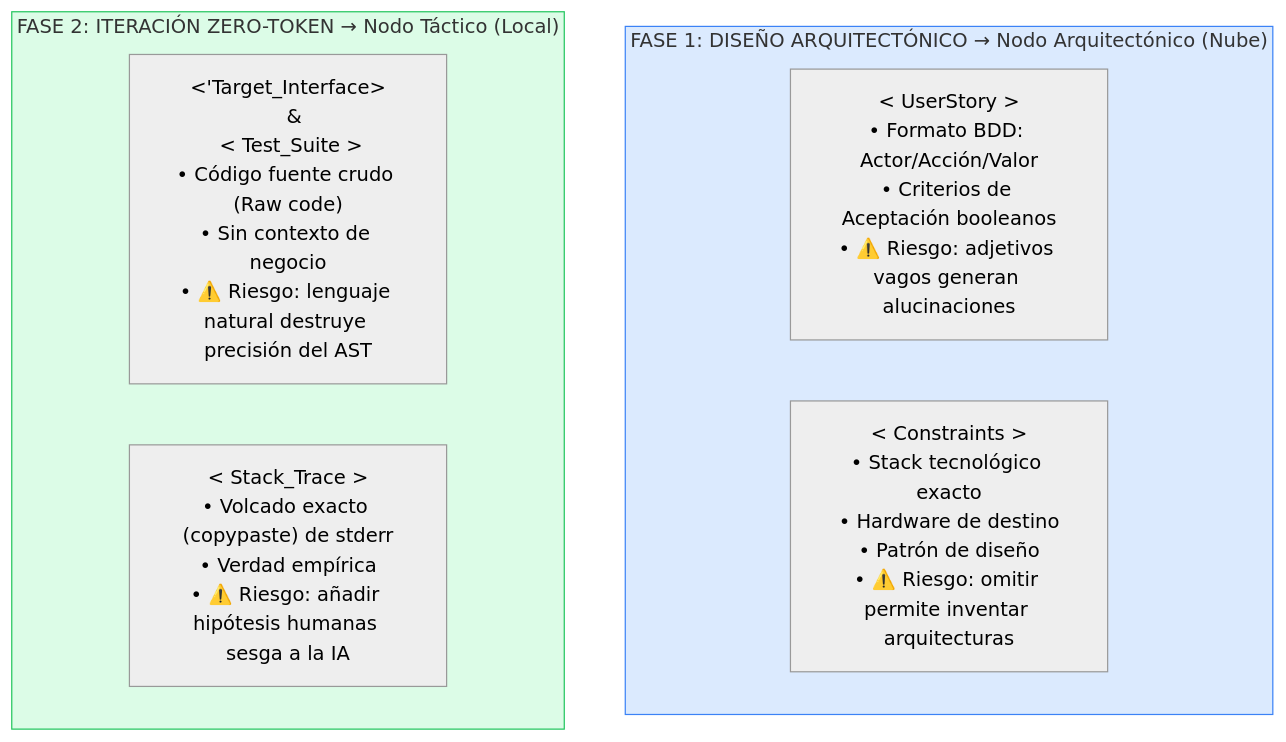
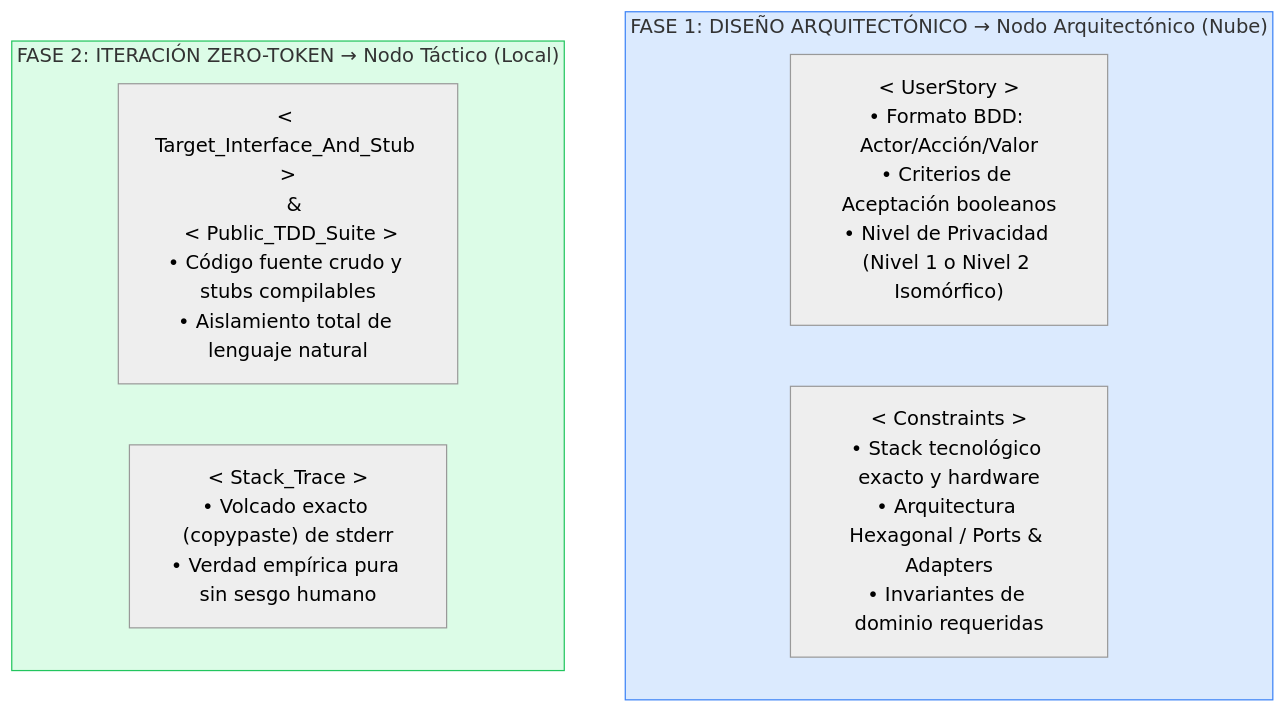
One commit to brunoguzman-dev/H-AXP changed the diagram in docs/07-gobernanza-contexto.md. Above: the diagram before and after it, drawn with Mermaid (neutral theme). The commit also changed other lines of this file and 20 other files, not shown here.

````diff
--- a/docs/07-gobernanza-contexto.md
+++ b/docs/07-gobernanza-contexto.md
@@ -135,15 +111,15 @@
 ```mermaid
 graph TD
     subgraph FASE1["FASE 1: DISEÑO ARQUITECTÓNICO → Nodo Arquitectónico (Nube)"]
-        US["< UserStory >\n• Formato BDD: Actor/Acción/Valor\n• Criterios de Aceptación booleanos\n• ⚠️ Riesgo: adjetivos vagos generan alucinaciones"]
-        CO["< Constraints >\n• Stack tecnológico exacto\n• Hardware de destino\n• Patrón de diseño\n• ⚠️ Riesgo: omitir permite inventar arquitecturas"]
+        US["< UserStory >\n• Formato BDD: Actor/Acción/Valor\n• Criterios de Aceptación booleanos\n• Nivel de Privacidad (Nivel 1 o Nivel 2 Isomórfico)"]
+        CO["< Constraints >\n• Stack tecnológico exacto y hardware\n• Arquitectura Hexagonal / Ports & Adapters\n• Invariantes de dominio requeridas"]
     end
 
     subgraph FASE2["FASE 2: ITERACIÓN ZERO-TOKEN → Nodo Táctico (Local)"]
-        TI["<'Target_Interface>\n  &\n < Test_Suite >\n• Código fuente crudo (Raw code)\n• Sin contexto de negocio\n• ⚠️ Riesgo: lenguaje natural destruye precisión del AST"]
-        ST["< Stack_Trace >\n• Volcado exacto (copypaste) de stderr\n• Verdad empírica\n• ⚠️ Riesgo: añadir hipótesis humanas sesga a la IA"]
+        TI["< Target_Interface_And_Stub >\n  &\n < Public_TDD_Suite >\n• Código fuente crudo y stubs compilables\n• Aislamiento total de lenguaje natural"]
+        ST["< Stack_Trace >\n• Volcado exacto (copypaste) de stderr\n• Verdad empírica pura sin sesgo humano"]
     end
 
     style FASE1 fill:#dbeafe,stroke:#3b82f6
     style FASE2 fill:#dcfce7,stroke:#22c55e
 ```
````
